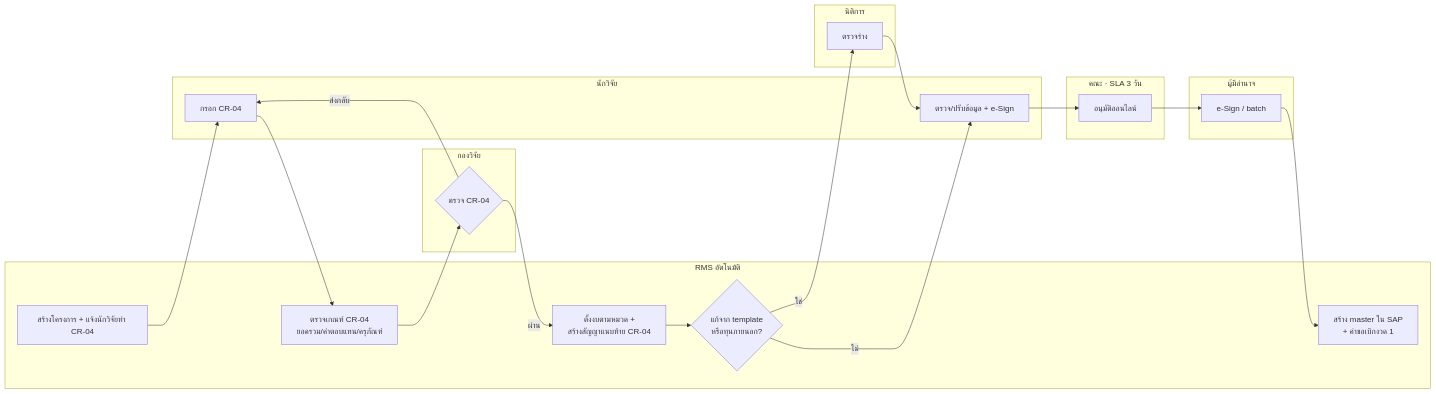
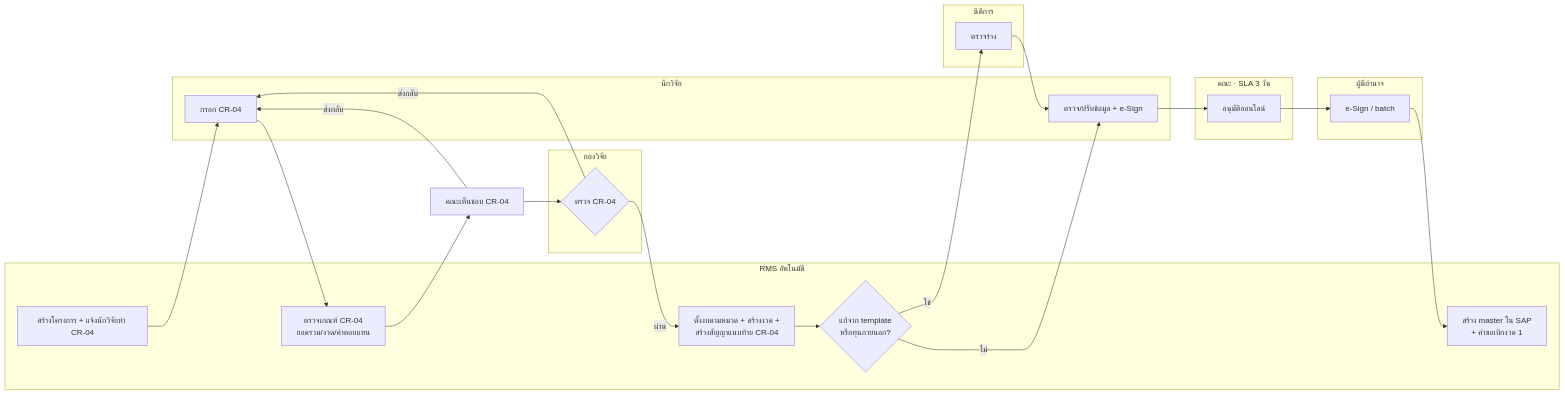
The second of 3 diagrams in rms/docs/02-to-be-process.md (surasak-rit/claude-kit), drawn with Mermaid before and after one commit. The commit also changed other lines of this file and 5 other files, not shown here.

````diff
--- a/rms/docs/02-to-be-process.md
+++ b/rms/docs/02-to-be-process.md
@@ -154,32 +171,33 @@
 ```mermaid
 flowchart LR
   subgraph SYS[RMS อัตโนมัติ]
     s1[สร้างโครงการ + แจ้งนักวิจัยทำ CR-04]
-    s0[ตรวจเกณฑ์ CR-04<br/>ยอดรวม/ค่าตอบแทน/ครุภัณฑ์]
-    s2[ตั้งงบตามหมวด +<br/>สร้างสัญญาแนบท้าย CR-04]
+    s0[ตรวจเกณฑ์ CR-04<br/>ยอดรวม/งวด/ค่าตอบแทน]
+    s2[ตั้งงบตามหมวด + สร้างงวด +<br/>สร้างสัญญาแนบท้าย CR-04]
     s3{แก้จาก template<br/>หรือทุนภายนอก?}
     s4[สร้าง master ใน SAP<br/>+ คำขอเบิกงวด 1]
   end
   subgraph PI[นักวิจัย]
     p0[กรอก CR-04]
     p1[ตรวจ/ปรับข้อมูล + e-Sign]
   end
   subgraph RO[กองวิจัย]
     r0{ตรวจ CR-04}
   end
   subgraph LEG[นิติการ]
     l1[ตรวจร่าง]
   end
   subgraph FAC[คณะ · SLA 3 วัน]
     f1[อนุมัติออนไลน์]
   end
   subgraph AUTH[ผู้มีอำนาจ]
     a1[e-Sign / batch]
   end
-  s1 --> p0 --> s0 --> r0
+  s1 --> p0 --> s0 --> f0[คณะเห็นชอบ CR-04] --> r0
+  f0 -->|ส่งกลับ| p0
   r0 -->|ส่งกลับ| p0
   r0 -->|ผ่าน| s2 --> s3
   s3 -->|ใช่| l1 --> p1
   s3 -->|ไม่| p1
   p1 --> f1 --> a1 --> s4
 ```
````
